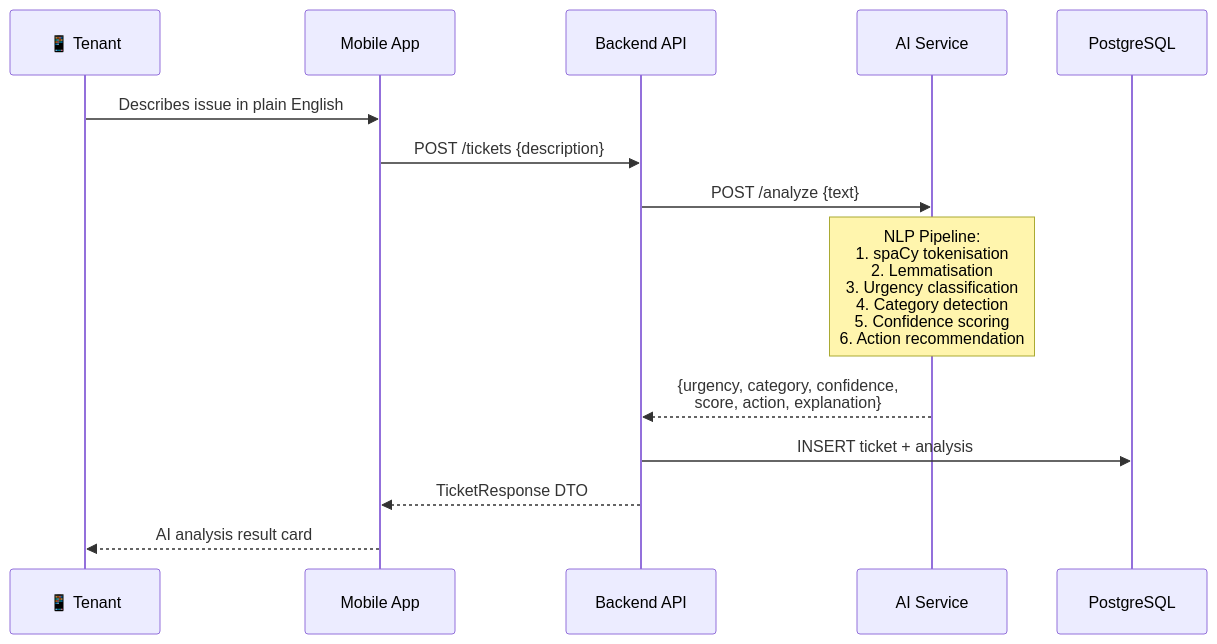
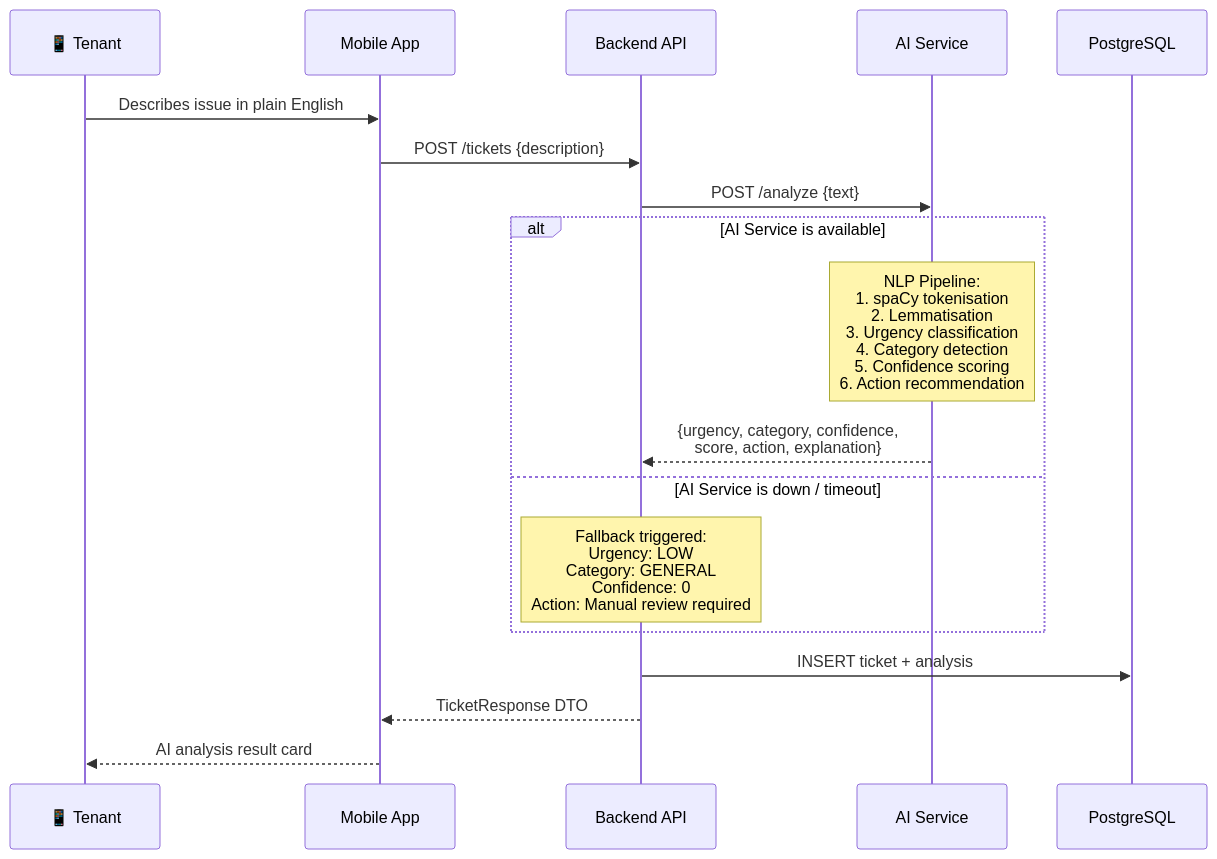
Before and after one commit to mirzahussnain/nexus-platform: the third of 6 diagrams in docs/architecture.md, drawn with Mermaid. The commit also changed other lines of this file and 1 other file, not shown here.

Commit message:
chore: Updated docs/architecture and AI-pipeline  and ReadMe (root) files

````diff
--- a/docs/architecture.md
+++ b/docs/architecture.md
@@ -68,19 +99,23 @@
 ```mermaid
 sequenceDiagram
     participant T as 📱 Tenant
     participant M as Mobile App
     participant B as Backend API
     participant A as AI Service
     participant D as PostgreSQL
 
     T->>M: Describes issue in plain English
     M->>B: POST /tickets {description}
     B->>A: POST /analyze {text}
     
-    Note over A: NLP Pipeline:<br/>1. spaCy tokenisation<br/>2. Lemmatisation<br/>3. Urgency classification<br/>4. Category detection<br/>5. Confidence scoring<br/>6. Action recommendation
-
-    A-->>B: {urgency, category, confidence,<br/>score, action, explanation}
+    alt AI Service is available
+        Note over A: NLP Pipeline:<br/>1. spaCy tokenisation<br/>2. Lemmatisation<br/>3. Urgency classification<br/>4. Category detection<br/>5. Confidence scoring<br/>6. Action recommendation
+        A-->>B: {urgency, category, confidence,<br/>score, action, explanation}
+    else AI Service is down / timeout
+        Note over B: Fallback triggered:<br/>Urgency: LOW<br/>Category: GENERAL<br/>Confidence: 0<br/>Action: Manual review required
+    end
+    
     B->>D: INSERT ticket + analysis
     B-->>M: TicketResponse DTO
     M-->>T: AI analysis result card
 ```
````
